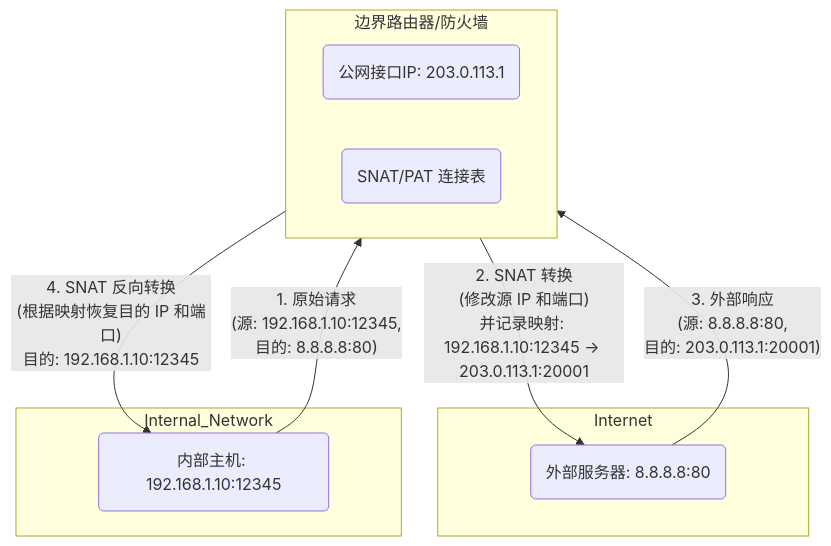
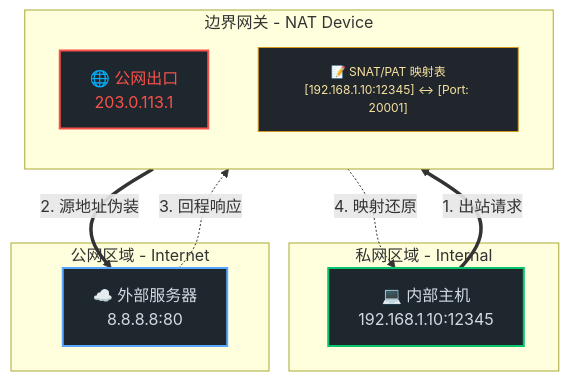
One commit to teatang/t-blog changed the first of 3 diagrams in source/_posts/2024/2024-10-23_SNAT 与 DNAT 详解.md. Above: the diagram before and after it, drawn with Mermaid. The commit also changed other lines of this file and 5 other files, not shown here.

```diff
--- a/source/_posts/2024/2024-10-23_SNAT 与 DNAT 详解.md
+++ b/source/_posts/2024/2024-10-23_SNAT 与 DNAT 详解.md
@@ -55,19 +55,35 @@
 {% mermaid %}
 graph TD
-    subgraph Internet
-        ExternalServer(外部服务器: 8.8.8.8:80)
-    end
-    subgraph Router_Firewall [边界路由器/防火墙]
-        PublicIP(公网接口IP: 203.0.113.1)
-        NATTable_1(SNAT/PAT 连接表)
-    end
-    subgraph Internal_Network
-        InternalHost(内部主机: 192.168.1.10:12345)
+    %% 样式定义
+    classDef internal fill:#1e272e,stroke:#05c46b,stroke-width:2px,color:#d2dae2;
+    classDef router fill:#1e272e,stroke:#f85149,stroke-width:2px,color:#f85149;
+    classDef external fill:#1e272e,stroke:#58a6ff,stroke-width:2px,color:#d2dae2;
+    classDef table fill:#21262d,stroke:#d29922,stroke-width:1px,color:#f8e3a1,font-size:12px;
+
+    subgraph LAN [私网区域 - Internal]
+        Host["💻 内部主机<br/>192.168.1.10:12345"]
     end
 
-    InternalHost -- "1. 原始请求<br>(源: 192.168.1.10:12345,<br>目的: 8.8.8.8:80)" --> Router_Firewall
-    Router_Firewall -- "2. SNAT 转换<br>(修改源 IP 和端口)<br>并记录映射: 192.168.1.10:12345 -> 203.0.113.1:20001" --> ExternalServer
-  
-    ExternalServer -- "3. 外部响应<br>(源: 8.8.8.8:80,<br>目的: 203.0.113.1:20001)" --> Router_Firewall
-    Router_Firewall -- "4. SNAT 反向转换<br>(根据映射恢复目的 IP 和端口)<br>目的: 192.168.1.10:12345" --> InternalHost
+    subgraph GW [边界网关 - NAT Device]
+        direction TB
+        PublicIP["🌐 公网出口<br/>203.0.113.1"]
+        Table["📝 SNAT/PAT 映射表<br/>[192.168.1.10:12345] ↔ [Port: 20001]"]
+    end
+
+    subgraph WAN [公网区域 - Internet]
+        Target["☁️ 外部服务器<br/>8.8.8.8:80"]
+    end
+
+    %% 流程线
+    Host ==>|1. 出站请求| GW
+    GW ==>|2. 源地址伪装| Target
+    
+    Target -.->|3. 回程响应| GW
+    GW -.->|4. 映射还原| Host
+
+    %% 样式应用
+    class Host internal;
+    class PublicIP router;
+    class Target external;
+    class Table table;
 {% endmermaid %}
```
